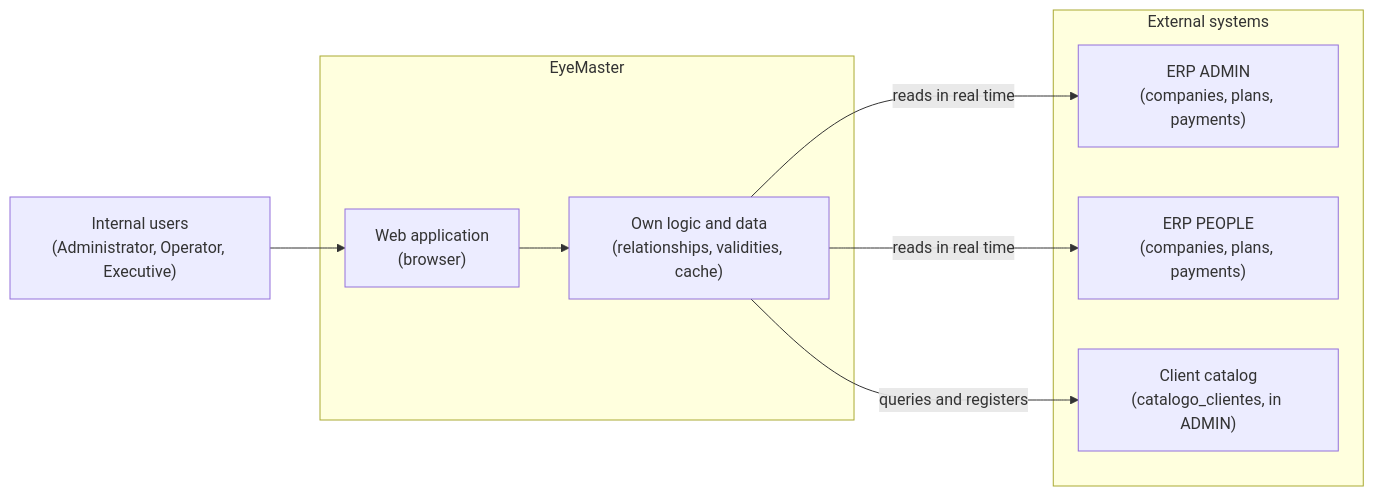
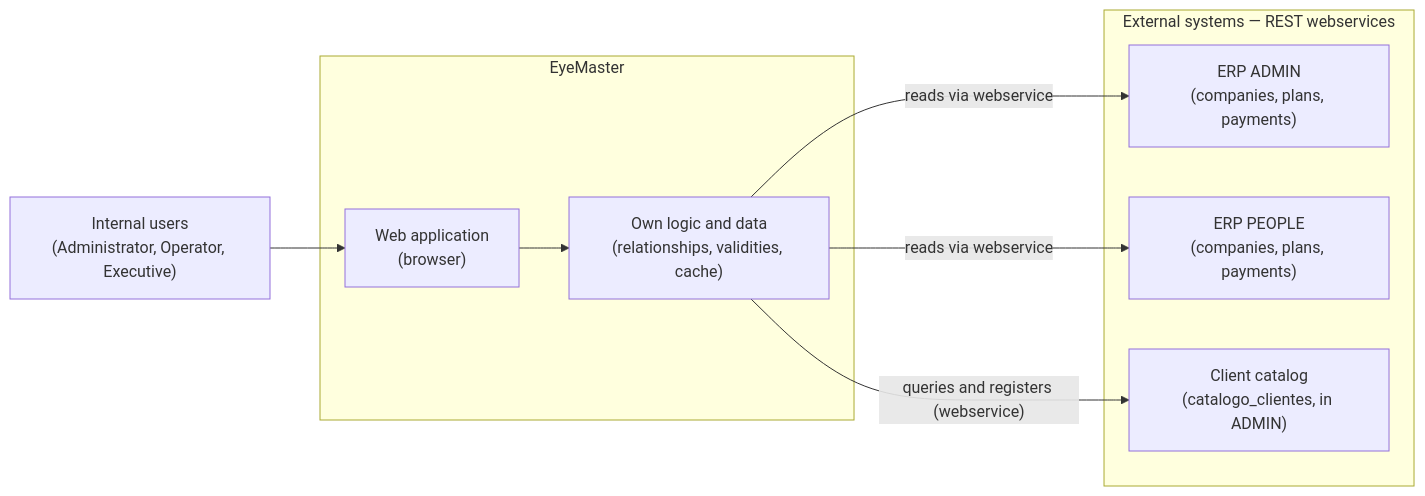
One commit to LIDR-academy/AI4Devs-finalproject changed the first of 8 diagrams in documentacion-funcional.md. Above: the diagram before and after it, drawn with Mermaid. The commit also changed other lines of this file and 300 other files, not shown here.

````diff
--- a/documentacion-funcional.md
+++ b/documentacion-funcional.md
@@ -177,21 +179,21 @@
 ```mermaid
 flowchart LR
-    subgraph EXT["External systems"]
+    subgraph EXT["External systems — REST webservices"]
         ADMIN["ERP ADMIN<br/>(companies, plans, payments)"]
         PEOPLE["ERP PEOPLE<br/>(companies, plans, payments)"]
         DH["Client catalog<br/>(catalogo_clientes, in ADMIN)"]
     end
 
     subgraph EM["EyeMaster"]
         UI["Web application<br/>(browser)"]
         CORE["Own logic and data<br/>(relationships, validities, cache)"]
     end
 
     USR["Internal users<br/>(Administrator, Operator, Executive)"]
 
     USR --> UI
     UI --> CORE
-    CORE -- "reads in real time" --> ADMIN
-    CORE -- "reads in real time" --> PEOPLE
-    CORE -- "queries and registers" --> DH
+    CORE -- "reads via webservice" --> ADMIN
+    CORE -- "reads via webservice" --> PEOPLE
+    CORE -- "queries and registers (webservice)" --> DH
 ```
````
